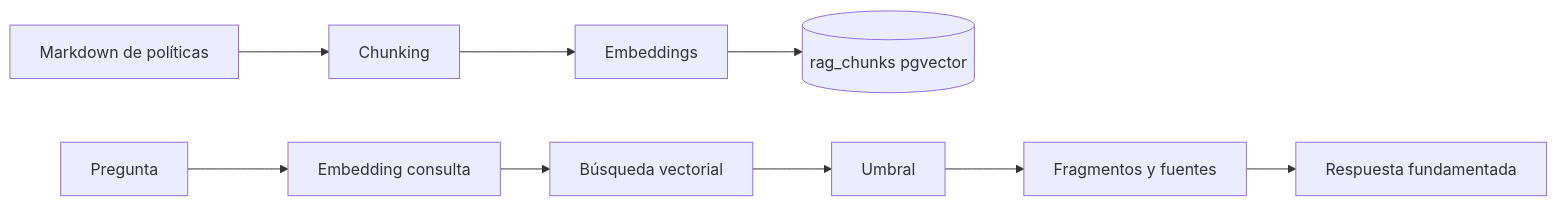
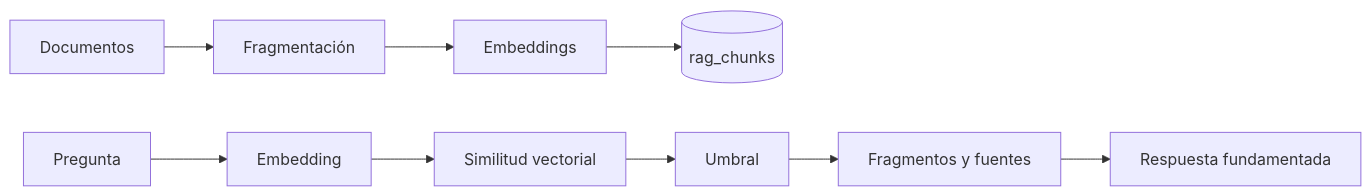
Before and after one commit to CLOG-U/credibot-prueba: the second of 4 diagrams in plan.md, drawn with Mermaid. The commit also changed other lines of this file and 5 other files, not shown here.

````diff
--- a/plan.md
+++ b/plan.md
@@ -315,11 +213,11 @@
-~~~mermaid
+```mermaid
 flowchart LR
-    D[Markdown de políticas] --> CH[Chunking]
+    D[Documentos] --> CH[Fragmentación]
     CH --> E[Embeddings]
-    E --> DB[(rag_chunks pgvector)]
-    Q[Pregunta] --> QE[Embedding consulta]
-    QE --> VS[Búsqueda vectorial]
+    E --> DB[(rag_chunks)]
+    Q[Pregunta] --> QE[Embedding]
+    QE --> VS[Similitud vectorial]
     VS --> TH[Umbral]
     TH --> SRC[Fragmentos y fuentes]
     SRC --> GPT[Respuesta fundamentada]
-~~~
+```
````
